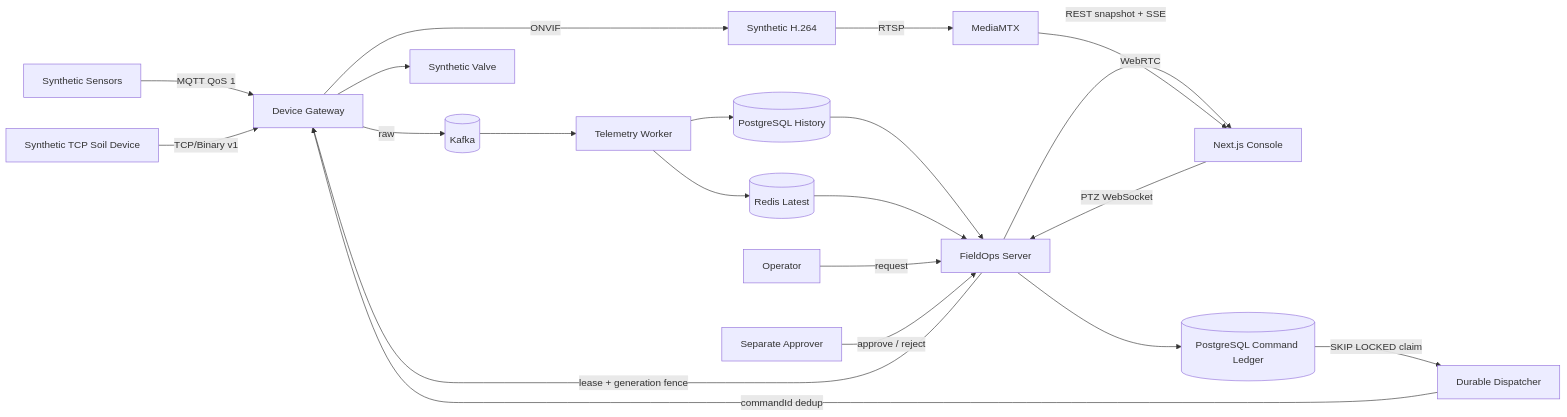
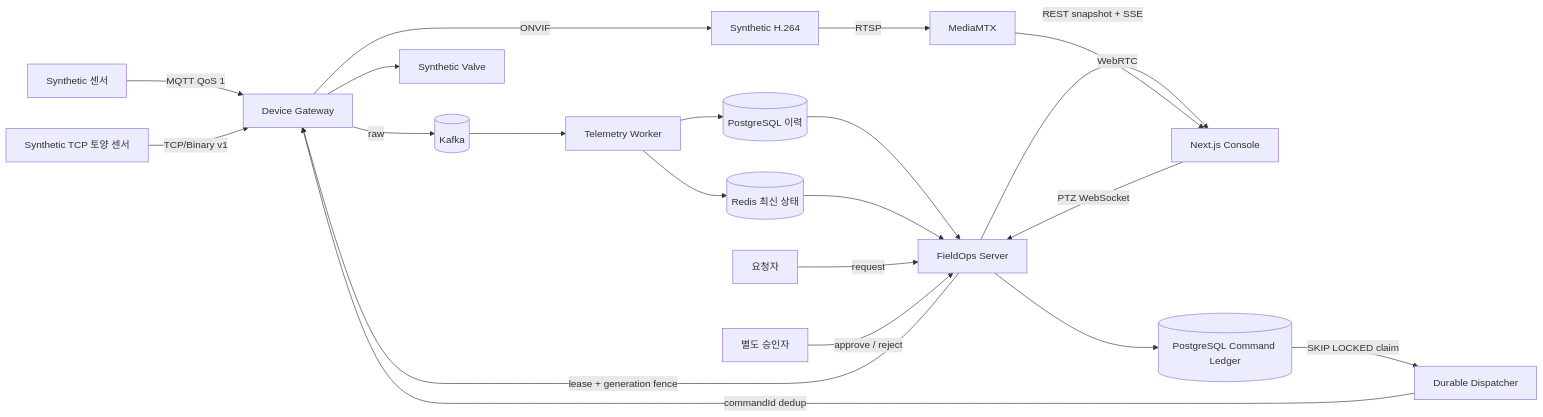
Before and after one commit to krait4g/fieldops-control-plane: the diagram in README.md, drawn with Mermaid. The commit also changed other lines of this file and 72 other files, not shown here.

````diff
--- a/README.md
+++ b/README.md
@@ -25,25 +26,25 @@
 ```mermaid
 flowchart LR
-  SENSOR[Synthetic Sensors] -->|MQTT QoS 1| GW[Device Gateway]
-  SOIL[Synthetic TCP Soil Device] -->|TCP/Binary v1| GW
+  SENSOR[Synthetic 센서] -->|MQTT QoS 1| GW[Device Gateway]
+  SOIL[Synthetic TCP 토양 센서] -->|TCP/Binary v1| GW
   GW -->|raw| K[(Kafka)]
   K --> WORKER[Telemetry Worker]
-  WORKER --> PG[(PostgreSQL History)]
-  WORKER --> RD[(Redis Latest)]
+  WORKER --> PG[(PostgreSQL 이력)]
+  WORKER --> RD[(Redis 최신 상태)]
   PG --> API[FieldOps Server]
   RD --> API
   API -->|REST snapshot + SSE| WEB[Next.js Console]
 
   CAM[Synthetic H.264] -->|RTSP| MEDIA[MediaMTX]
   MEDIA -->|WebRTC| WEB
   WEB -->|PTZ WebSocket| API
   API -->|lease + generation fence| GW
   GW -->|ONVIF| CAM
 
-  OP[Operator] -->|request| API
-  AP[Separate Approver] -->|approve / reject| API
+  OP[요청자] -->|request| API
+  AP[별도 승인자] -->|approve / reject| API
   API --> CMD[(PostgreSQL Command Ledger)]
   CMD -->|SKIP LOCKED claim| DISPATCH[Durable Dispatcher]
   DISPATCH -->|commandId dedup| GW
   GW --> VALVE[Synthetic Valve]
 ```
````
